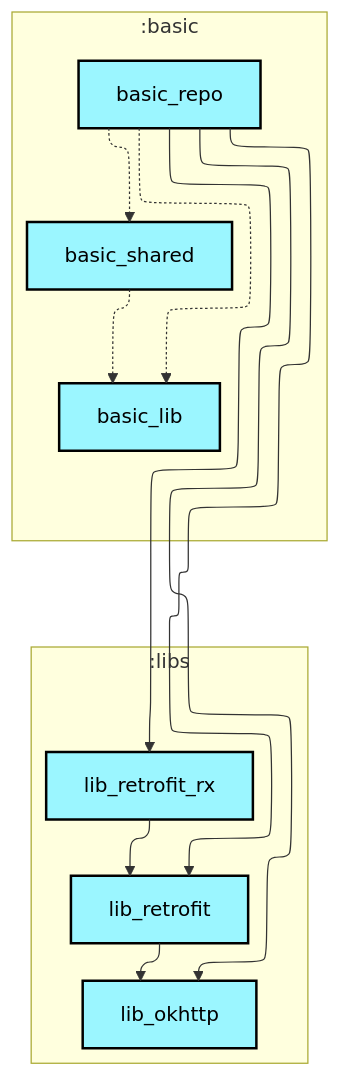
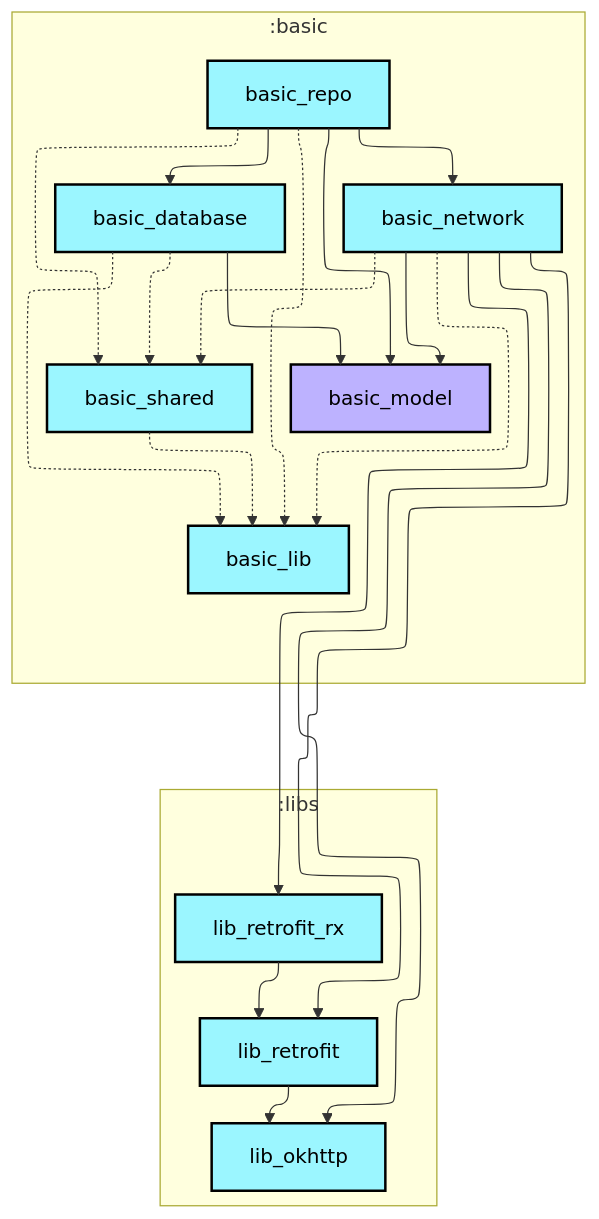
Before and after one commit to wuwei94/MyApplication: the first of 2 diagrams in basic/basic_repo/README.md, drawn with Mermaid. The commit also changed 16 other files, not shown here.

````diff
--- a/basic/basic_repo/README.md
+++ b/basic/basic_repo/README.md
@@ -6,37 +6,49 @@
 ```mermaid
 ---
 config:
   layout: elk
   elk:
     nodePlacementStrategy: SIMPLE
 ---
 graph TB
   subgraph :basic
     direction TB
+    :basic:basic_database[basic_database]:::android-library
     :basic:basic_lib[basic_lib]:::android-library
+    :basic:basic_model[basic_model]:::jvm-library
+    :basic:basic_network[basic_network]:::android-library
     :basic:basic_repo[basic_repo]:::android-library
     :basic:basic_shared[basic_shared]:::android-library
   end
   subgraph :libs
     direction TB
     :libs:lib_okhttp[lib_okhttp]:::android-library
     :libs:lib_retrofit[lib_retrofit]:::android-library
     :libs:lib_retrofit_rx[lib_retrofit_rx]:::android-library
   end
 
+  :basic:basic_database -.-> :basic:basic_lib
+  :basic:basic_database --> :basic:basic_model
+  :basic:basic_database -.-> :basic:basic_shared
+  :basic:basic_network -.-> :basic:basic_lib
+  :basic:basic_network --> :basic:basic_model
+  :basic:basic_network -.-> :basic:basic_shared
+  :basic:basic_network --> :libs:lib_okhttp
+  :basic:basic_network --> :libs:lib_retrofit
+  :basic:basic_network --> :libs:lib_retrofit_rx
+  :basic:basic_repo --> :basic:basic_database
   :basic:basic_repo -.-> :basic:basic_lib
+  :basic:basic_repo --> :basic:basic_model
+  :basic:basic_repo --> :basic:basic_network
   :basic:basic_repo -.-> :basic:basic_shared
-  :basic:basic_repo --> :libs:lib_okhttp
-  :basic:basic_repo --> :libs:lib_retrofit
-  :basic:basic_repo --> :libs:lib_retrofit_rx
   :basic:basic_shared -.-> :basic:basic_lib
   :libs:lib_retrofit --> :libs:lib_okhttp
   :libs:lib_retrofit_rx --> :libs:lib_retrofit
 
 classDef android-application fill:#CAFFBF,stroke:#000,stroke-width:2px,color:#000;
 classDef android-feature fill:#FFD6A5,stroke:#000,stroke-width:2px,color:#000;
 classDef android-library fill:#9BF6FF,stroke:#000,stroke-width:2px,color:#000;
 classDef android-test fill:#A0C4FF,stroke:#000,stroke-width:2px,color:#000;
 classDef jvm-library fill:#BDB2FF,stroke:#000,stroke-width:2px,color:#000;
 classDef unknown fill:#FFADAD,stroke:#000,stroke-width:2px,color:#000;
 ```
````
